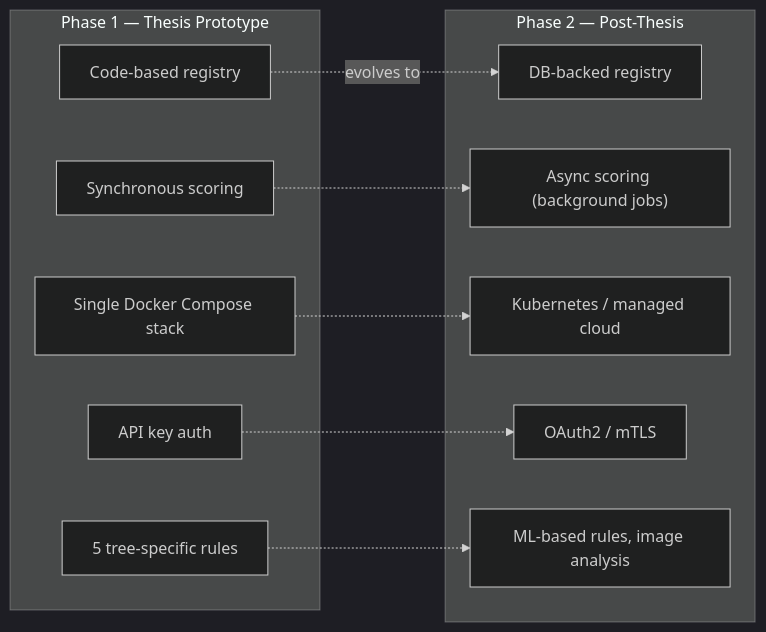
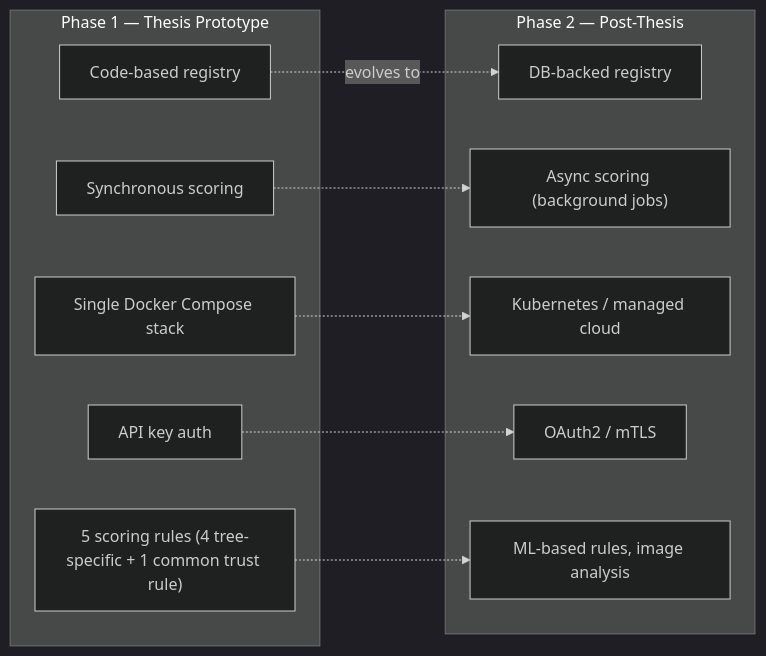
Before and after one commit to leyyce/winnow: the third of 3 diagrams in docs/architecture/04_risk_analysis.md, drawn with Mermaid (dark theme). The commit also changed other lines of this file and 19 other files, not shown here.

First line of the commit message:
refactor: address critical architectural flaws and introduce generic rules

````diff
--- a/docs/architecture/04_risk_analysis.md
+++ b/docs/architecture/04_risk_analysis.md
@@ -137,24 +137,24 @@
 ```mermaid
 flowchart LR
     subgraph "Phase 1 — Thesis Prototype"
         P1A["Code-based registry"]
         P1B["Synchronous scoring"]
         P1C["Single Docker Compose stack"]
         P1D["API key auth"]
-        P1E["5 tree-specific rules"]
+        P1E["5 scoring rules (4 tree-specific + 1 common trust rule)"]
     end
 
     subgraph "Phase 2 — Post-Thesis"
         P2A["DB-backed registry"]
         P2B["Async scoring (background jobs)"]
         P2C["Kubernetes / managed cloud"]
         P2D["OAuth2 / mTLS"]
         P2E["ML-based rules, image analysis"]
     end
 
     P1A -.->|"evolves to"| P2A
     P1B -.-> P2B
     P1C -.-> P2C
     P1D -.-> P2D
     P1E -.-> P2E
 ```
````
